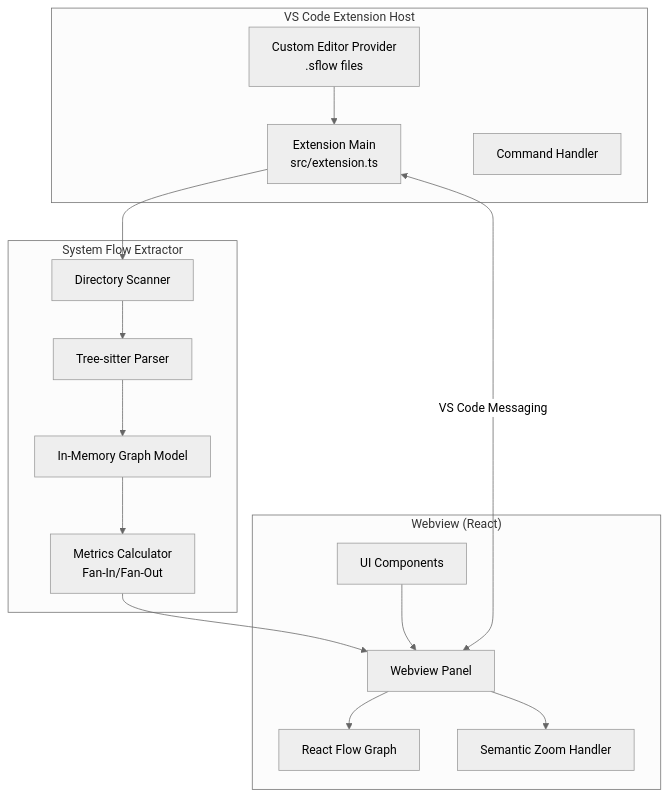
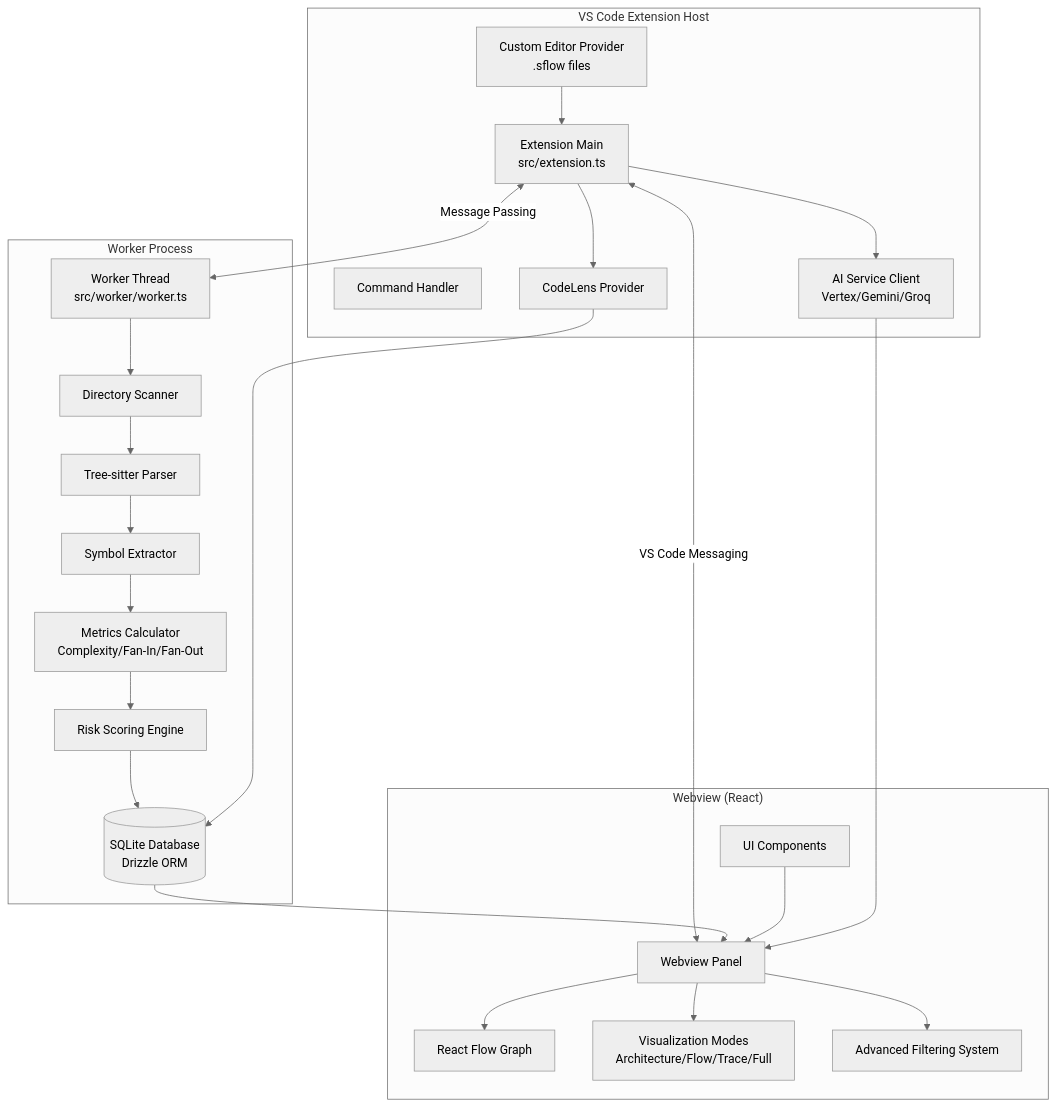
Before and after one commit to Aman-art1/SentinelFlow: the diagram in design.md, drawn with Mermaid (neutral theme). The commit also changed other lines of this file and 1 other file, not shown here.

````diff
--- a/design.md
+++ b/design.md
@@ -17,33 +18,47 @@
 ```mermaid
 graph TB
     subgraph "VS Code Extension Host"
         EXT[Extension Main<br/>src/extension.ts]
         CMD[Command Handler]
+        CODELENS[CodeLens Provider]
         EDITOR[Custom Editor Provider<br/>.sflow files]
+        AI[AI Service Client<br/>Vertex/Gemini/Groq]
     end
     
-    subgraph "System Flow Extractor"
+    subgraph "Worker Process"
+        WRK[Worker Thread<br/>src/worker/worker.ts]
         SCAN[Directory Scanner]
         PARSE[Tree-sitter Parser]
-        GRAPH[In-Memory Graph Model]
-        METRICS[Metrics Calculator<br/>Fan-In/Fan-Out]
+        EXTRACT[Symbol Extractor]
+        METRICS[Metrics Calculator<br/>Complexity/Fan-In/Fan-Out]
+        RISK[Risk Scoring Engine]
+        DB[(SQLite Database<br/>Drizzle ORM)]
     end
     
     subgraph "Webview (React)"
         WV[Webview Panel]
         FLOW[React Flow Graph]
+        MODES[Visualization Modes<br/>Architecture/Flow/Trace/Full]
+        FILTERS[Advanced Filtering System]
         UI[UI Components]
-        ZOOM[Semantic Zoom Handler]
     end
     
-    EXT --> SCAN
+    EXT <-->|Message Passing| WRK
     EXT <-->|VS Code Messaging| WV
+    EXT --> CODELENS
+    EXT --> AI
+    WRK --> SCAN
     SCAN --> PARSE
-    PARSE --> GRAPH
-    GRAPH --> METRICS
-    METRICS --> WV
+    PARSE --> EXTRACT
+    EXTRACT --> METRICS
+    METRICS --> RISK
+    RISK --> DB
+    DB --> WV
     WV --> FLOW
-    WV --> ZOOM
+    WV --> MODES
+    WV --> FILTERS
     UI --> WV
     EDITOR --> EXT
+    CODELENS --> DB
+    AI --> WV
 ```
````
